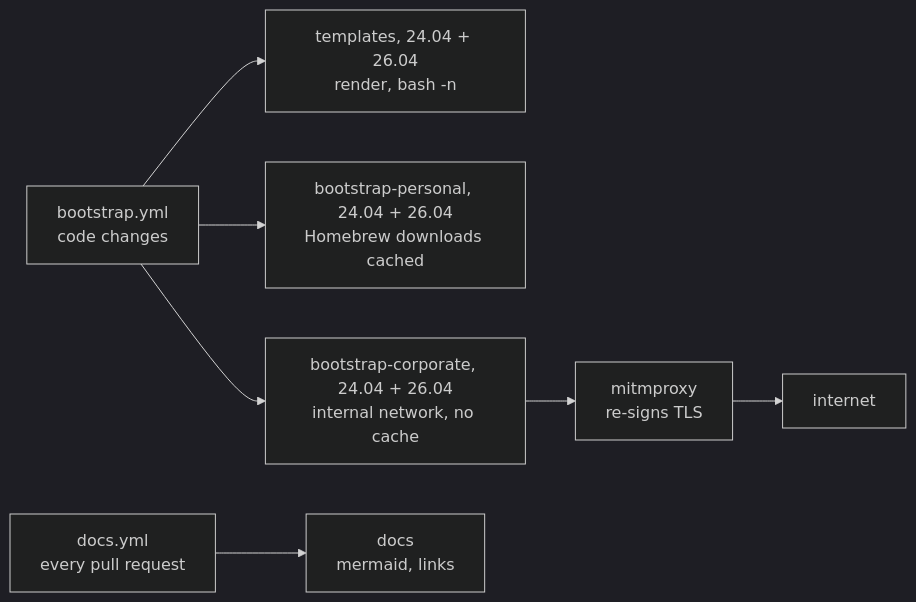
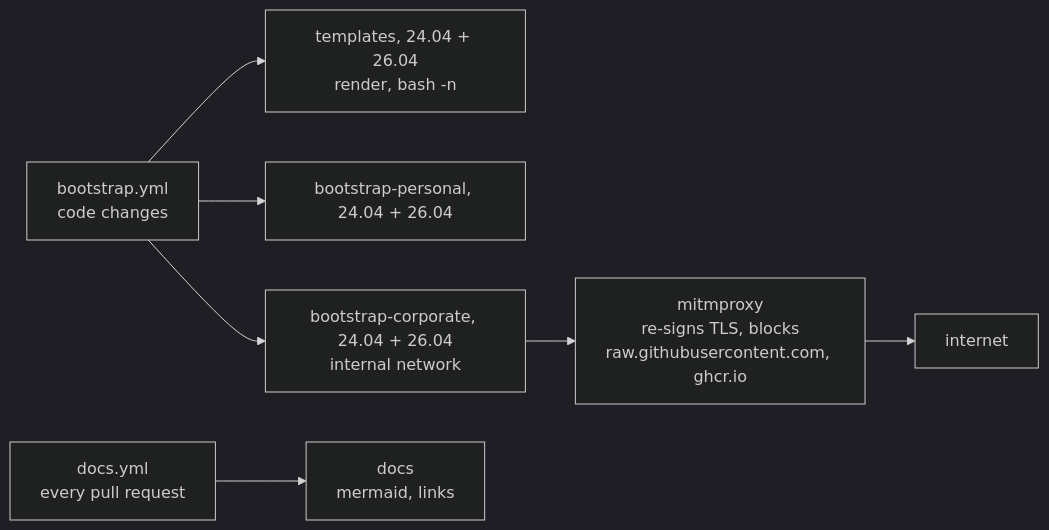
Diagram 11 of 11 in ARCHITECTURE.md (jvspeed74/dotfiles), drawn with Mermaid (dark theme) before and after one commit. The commit also changed other lines of this file and 21 other files, not shown here.

First line of the commit message:
Linux without Homebrew: pinned GitHub releases, apt and PyPI; restricted corporate CI (#20)

````diff
--- a/ARCHITECTURE.md
+++ b/ARCHITECTURE.md
@@ -403,9 +436,9 @@
 ```mermaid
 flowchart LR
     W["bootstrap.yml<br/>code changes"] --> T["templates, 24.04 + 26.04<br/>render, bash -n"]
-    W --> P["bootstrap-personal, 24.04 + 26.04<br/>Homebrew downloads cached"]
-    W --> C["bootstrap-corporate, 24.04 + 26.04<br/>internal network, no cache"]
-    C --> X["mitmproxy<br/>re-signs TLS"]
+    W --> P["bootstrap-personal, 24.04 + 26.04"]
+    W --> C["bootstrap-corporate, 24.04 + 26.04<br/>internal network"]
+    C --> X["mitmproxy<br/>re-signs TLS, blocks<br/>raw.githubusercontent.com, ghcr.io"]
     X --> I["internet"]
     W2["docs.yml<br/>every pull request"] --> D["docs<br/>mermaid, links"]
 ```
````
